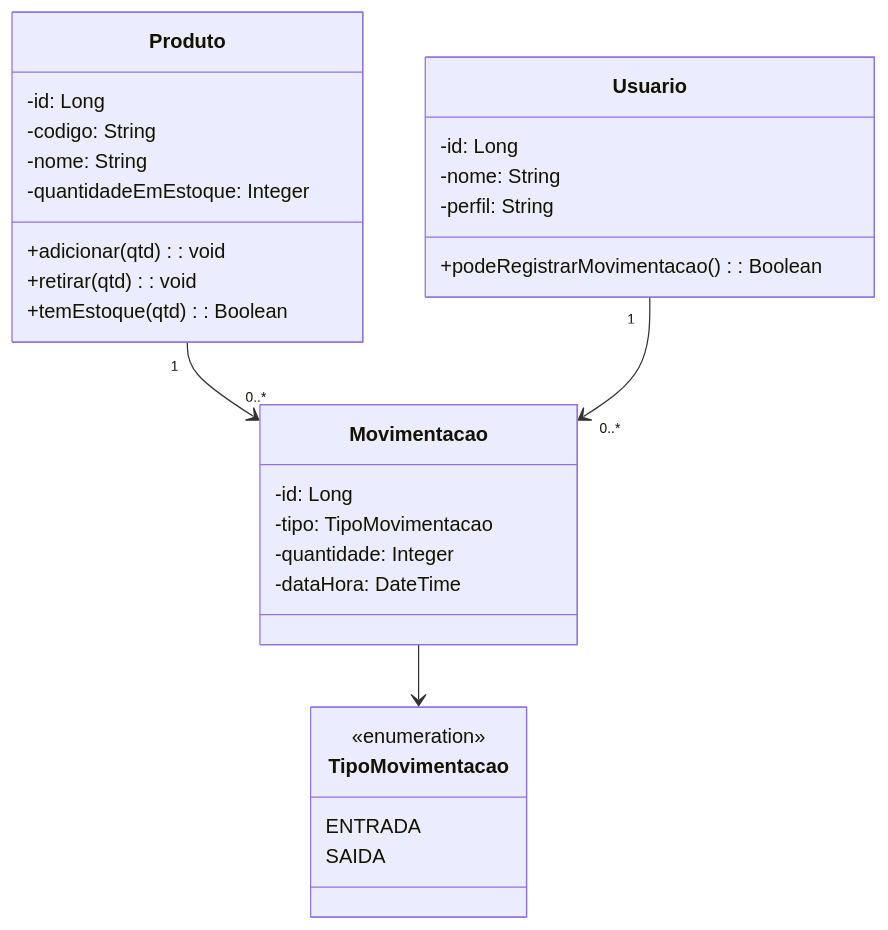
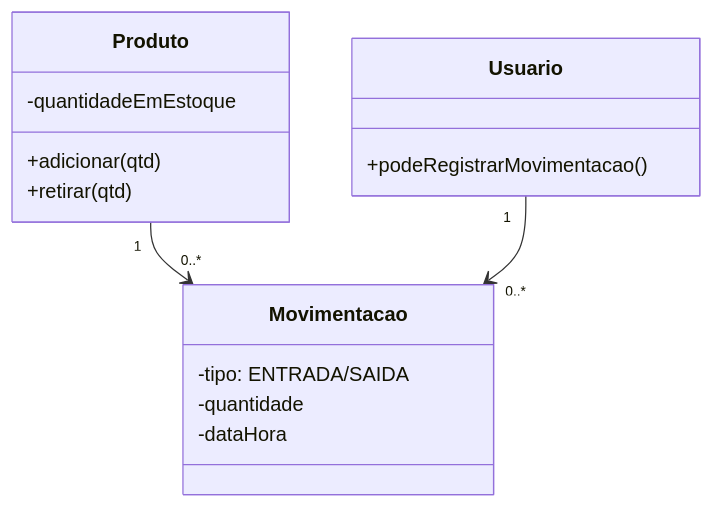
Before and after one commit to PedroWatermann/UEM_Eng_Soft: diagram 11 of 13 in 2_ano/4_semestre/AnaliseProjetoSoftware/ListaExercícios/Lista_6.md, drawn with Mermaid. The commit also changed other lines of this file and 1 other file, not shown here.

````diff
--- a/2_ano/4_semestre/AnaliseProjetoSoftware/ListaExercícios/Lista_6.md
+++ b/2_ano/4_semestre/AnaliseProjetoSoftware/ListaExercícios/Lista_6.md
@@ -626,32 +284,16 @@
 ```mermaid
 classDiagram
     class Produto {
-        -id: Long
-        -codigo: String
-        -nome: String
-        -quantidadeEmEstoque: Integer
-        +adicionar(qtd): void
-        +retirar(qtd): void
-        +temEstoque(qtd): Boolean
+        -quantidadeEmEstoque
+        +adicionar(qtd)
+        +retirar(qtd)
     }
     class Movimentacao {
-        -id: Long
-        -tipo: TipoMovimentacao
-        -quantidade: Integer
-        -dataHora: DateTime
+        -tipo: ENTRADA/SAIDA
+        -quantidade
+        -dataHora
     }
-    class Usuario {
-        -id: Long
-        -nome: String
-        -perfil: String
-        +podeRegistrarMovimentacao(): Boolean
-    }
-    class TipoMovimentacao {
-        <<enumeration>>
-        ENTRADA
-        SAIDA
-    }
+    class Usuario { +podeRegistrarMovimentacao() }
     Produto "1" --> "0..*" Movimentacao
     Usuario "1" --> "0..*" Movimentacao
-    Movimentacao --> TipoMovimentacao
 ```
````
